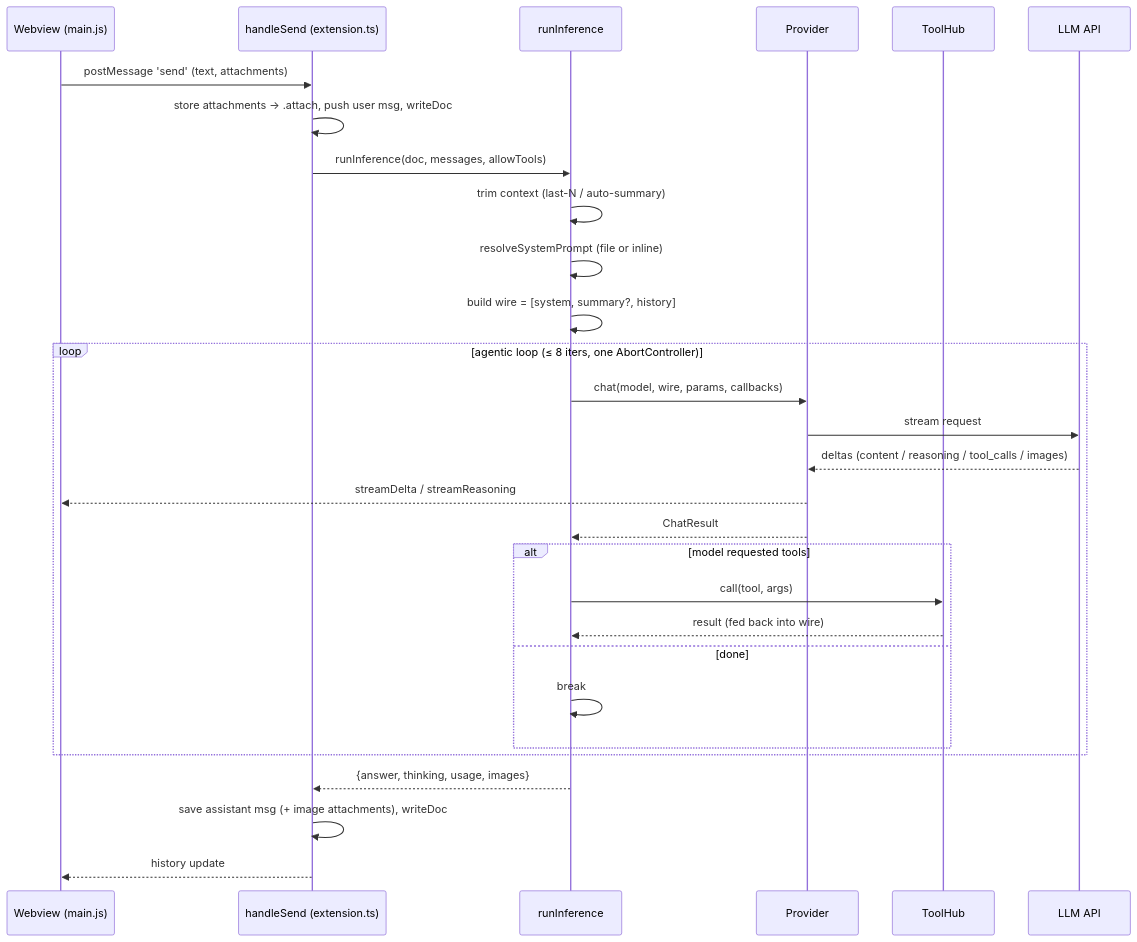
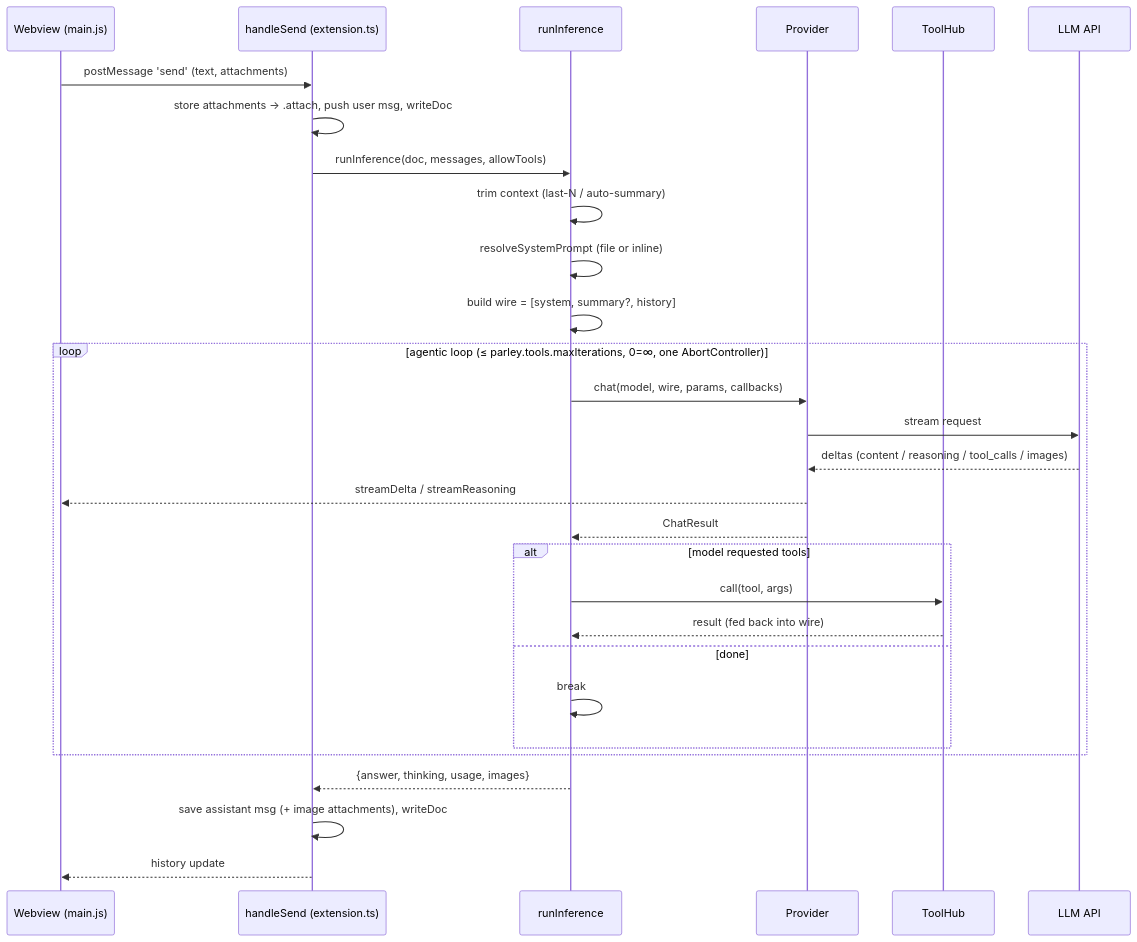
The fifth of 8 diagrams in ARCHITECTURE.md (enavarre-cl/langchat), drawn with Mermaid before and after one commit. The commit also changed 10 other files, not shown here.

First line of the commit message:
feat(tools): configurable agentic loop cap parley.tools.maxIterations — 1.2.1

````diff
--- a/ARCHITECTURE.md
+++ b/ARCHITECTURE.md
@@ -197,32 +197,32 @@
 ```mermaid
 sequenceDiagram
   participant W as Webview (main.js)
   participant H as handleSend (extension.ts)
   participant R as runInference
   participant P as Provider
   participant T as ToolHub
   participant LLM as LLM API
 
   W->>H: postMessage 'send' (text, attachments)
   H->>H: store attachments → .attach, push user msg, writeDoc
   H->>R: runInference(doc, messages, allowTools)
   R->>R: trim context (last-N / auto-summary)
   R->>R: resolveSystemPrompt (file or inline)
   R->>R: build wire = [system, summary?, history]
-  loop agentic loop (≤ 8 iters, one AbortController)
+  loop agentic loop (≤ parley.tools.maxIterations, 0=∞, one AbortController)
     R->>P: chat(model, wire, params, callbacks)
     P->>LLM: stream request
     LLM-->>P: deltas (content / reasoning / tool_calls / images)
     P-->>W: streamDelta / streamReasoning
     P-->>R: ChatResult
     alt model requested tools
       R->>T: call(tool, args)
       T-->>R: result (fed back into wire)
     else done
       R->>R: break
     end
   end
   R-->>H: {answer, thinking, usage, images}
   H->>H: save assistant msg (+ image attachments), writeDoc
   H-->>W: history update
 ```
````
